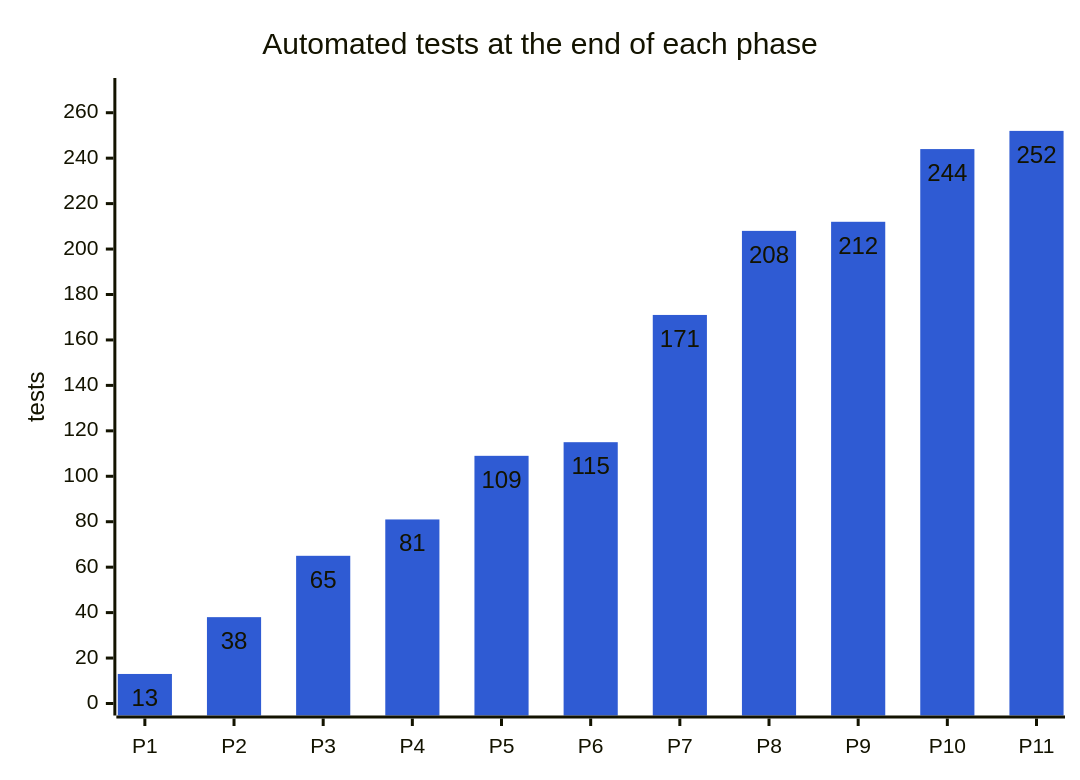
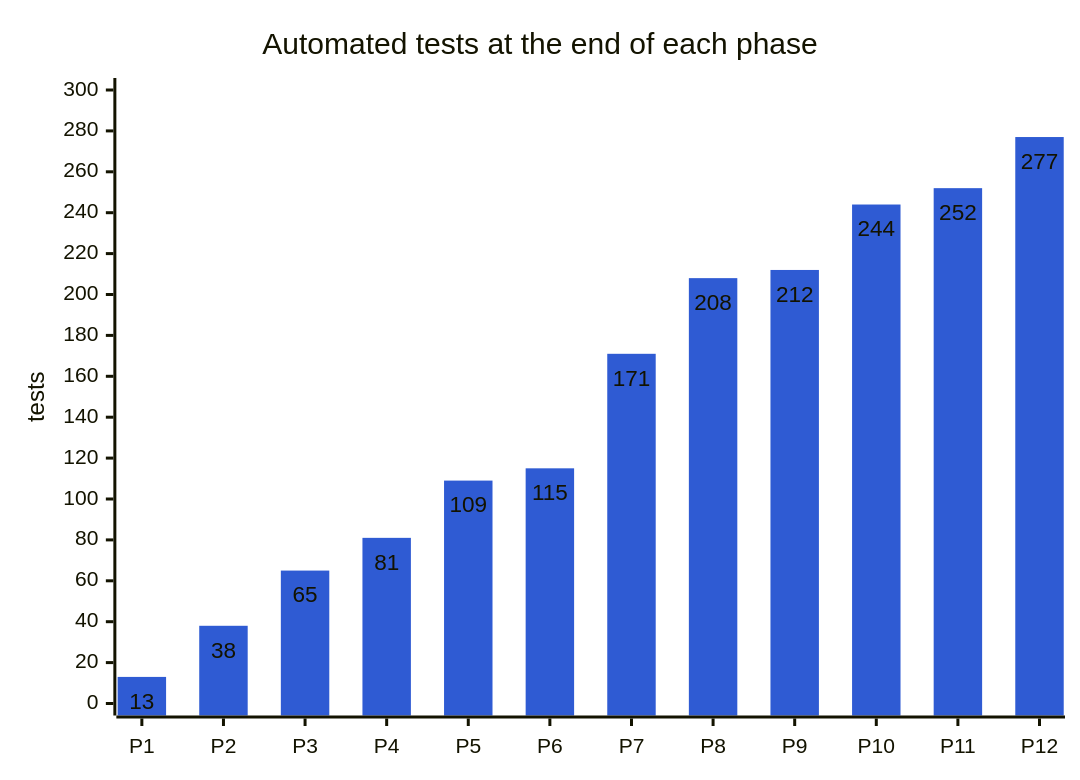
Before and after one commit to abdulmdev/sentinel-incident-copilot: the diagram in docs/handbook/diagrams/14-chart-tests-by-phase.mmd, drawn with Mermaid. The commit also changed 52 other files, not shown here.

```diff
--- a/docs/handbook/diagrams/14-chart-tests-by-phase.mmd
+++ b/docs/handbook/diagrams/14-chart-tests-by-phase.mmd
@@ -1,13 +1,13 @@
 ---
 config:
   xyChart:
     showDataLabel: true
   themeVariables:
     xyChart:
       plotColorPalette: "#2f5bd3"
 ---
 xychart-beta
   title "Automated tests at the end of each phase"
-  x-axis ["P1", "P2", "P3", "P4", "P5", "P6", "P7", "P8", "P9", "P10", "P11"]
-  y-axis "tests" 0 --> 270
-  bar [13, 38, 65, 81, 109, 115, 171, 208, 212, 244, 252]
+  x-axis ["P1", "P2", "P3", "P4", "P5", "P6", "P7", "P8", "P9", "P10", "P11", "P12"]
+  y-axis "tests" 0 --> 300
+  bar [13, 38, 65, 81, 109, 115, 171, 208, 212, 244, 252, 277]
```
